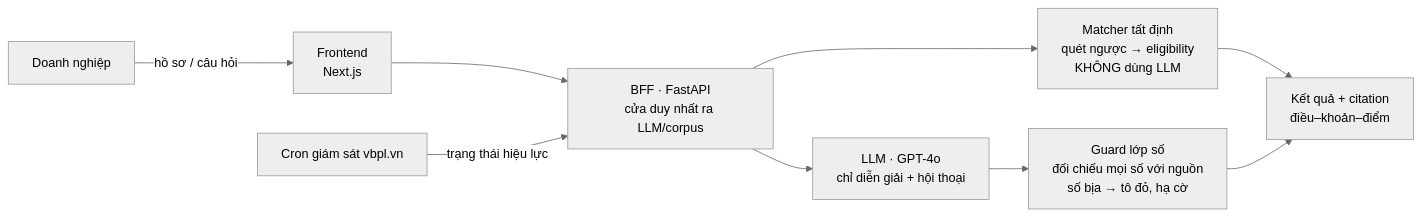
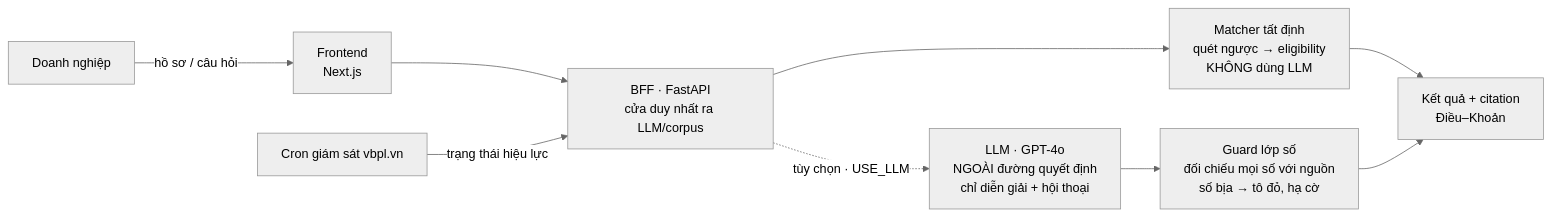
Before and after one commit to Clownnvd/vaic-2026: the diagram in README.md, drawn with Mermaid (neutral theme). The commit also changed other lines of this file and 2 other files, not shown here.

````diff
--- a/README.md
+++ b/README.md
@@ -49,11 +50,11 @@
 ```mermaid
 flowchart LR
     U[Doanh nghiệp] -->|hồ sơ / câu hỏi| FE[Frontend<br/>Next.js]
     FE --> BFF[BFF · FastAPI<br/>cửa duy nhất ra LLM/corpus]
     BFF --> M[Matcher tất định<br/>quét ngược → eligibility<br/>KHÔNG dùng LLM]
-    BFF --> L[LLM · GPT-4o<br/>chỉ diễn giải + hội thoại]
+    BFF -.->|tùy chọn · USE_LLM| L[LLM · GPT-4o<br/>NGOÀI đường quyết định<br/>chỉ diễn giải + hội thoại]
     L --> G[Guard lớp số<br/>đối chiếu mọi số với nguồn<br/>số bịa → tô đỏ, hạ cờ]
-    M --> R[Kết quả + citation<br/>điều–khoản–điểm]
+    M --> R[Kết quả + citation<br/>Điều–Khoản]
     G --> R
     CR[Cron giám sát vbpl.vn] -->|trạng thái hiệu lực| BFF
 ```
````
